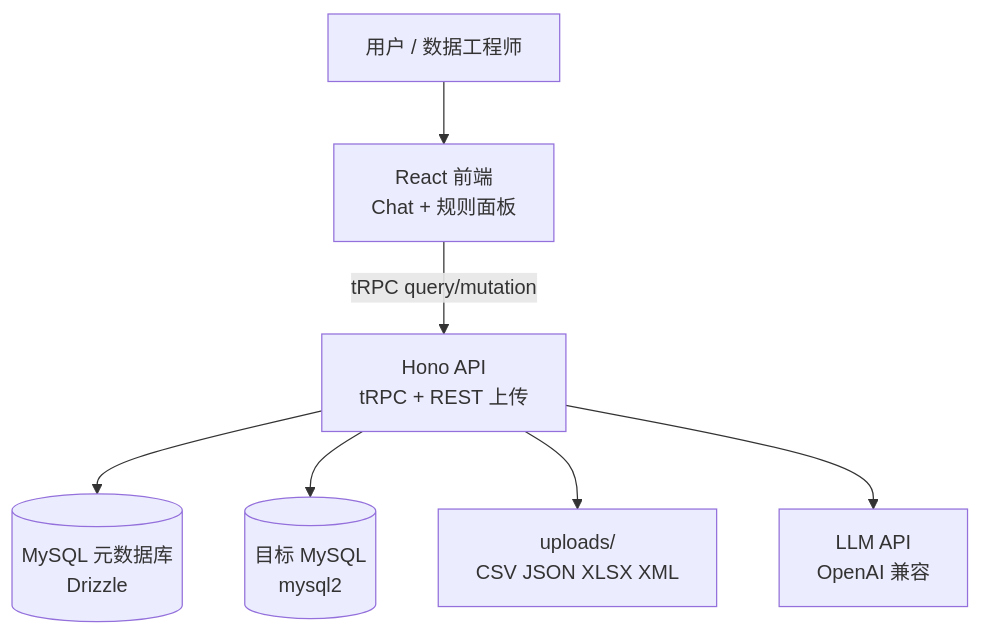
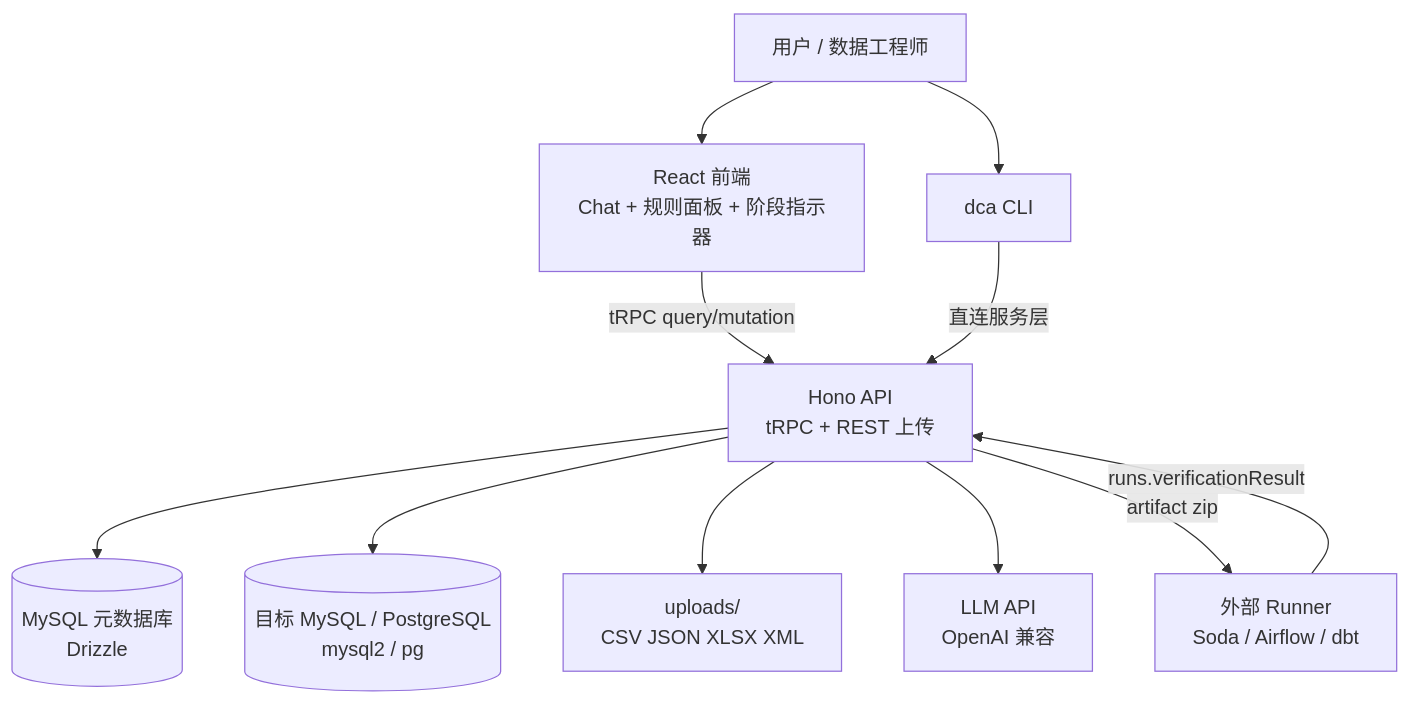
The first of 8 diagrams in app/docs/ARCHITECTURE.md (xiaoshi7915/data_clean_agent), drawn with Mermaid before and after one commit. The commit also changed other lines of this file and 92 other files, not shown here.

````diff
--- a/app/docs/ARCHITECTURE.md
+++ b/app/docs/ARCHITECTURE.md
@@ -5,17 +7,23 @@
 ```mermaid
 flowchart TB
   User[用户 / 数据工程师]
-  UI[React 前端<br/>Chat + 规则面板]
+  UI[React 前端<br/>Chat + 规则面板 + 阶段指示器]
   API[Hono API<br/>tRPC + REST 上传]
   MetaDB[(MySQL 元数据库<br/>Drizzle)]
-  TargetDB[(目标 MySQL<br/>mysql2)]
+  TargetDB[(目标 MySQL / PostgreSQL<br/>mysql2 / pg)]
   Files[uploads/<br/>CSV JSON XLSX XML]
   LLM[LLM API<br/>OpenAI 兼容]
+  External[外部 Runner<br/>Soda / Airflow / dbt]
+  CLI[dca CLI]
 
   User --> UI
+  User --> CLI
   UI -->|tRPC query/mutation| API
+  CLI -->|直连服务层| API
   API --> MetaDB
   API --> TargetDB
   API --> Files
   API --> LLM
+  API -->|artifact zip| External
+  External -->|runs.verificationResult| API
 ```
````
